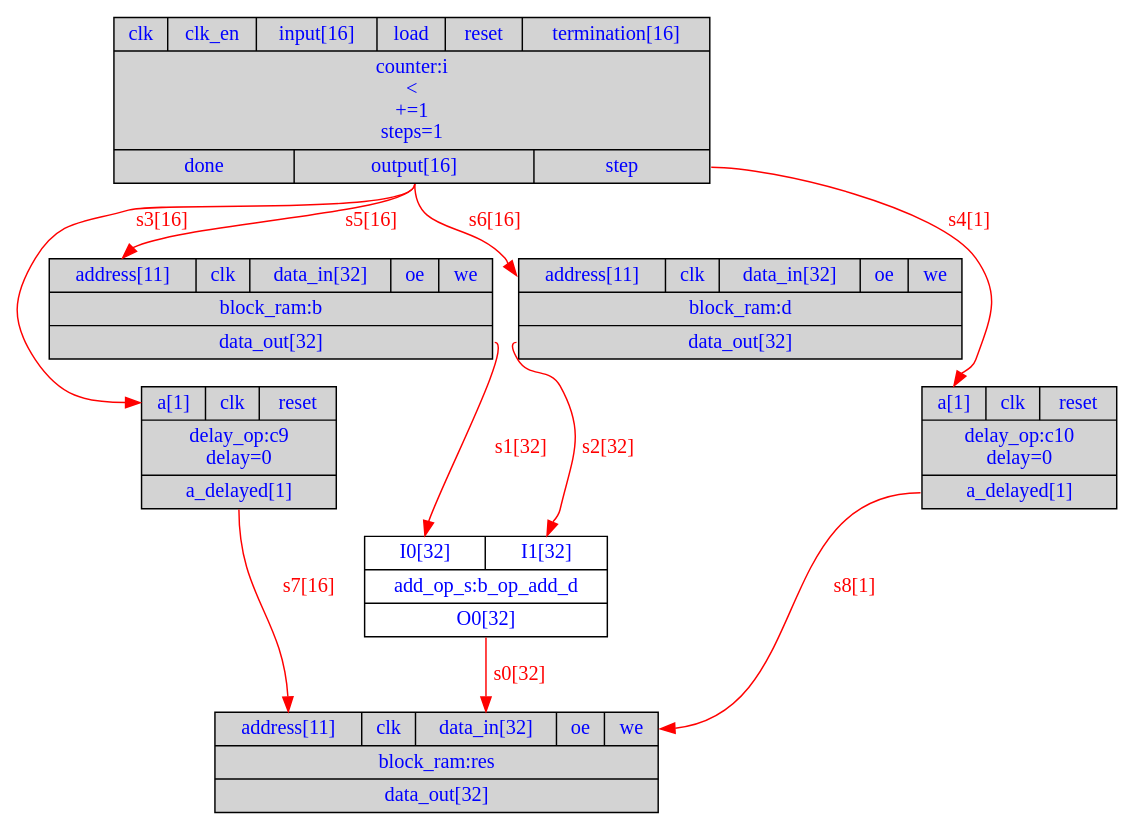
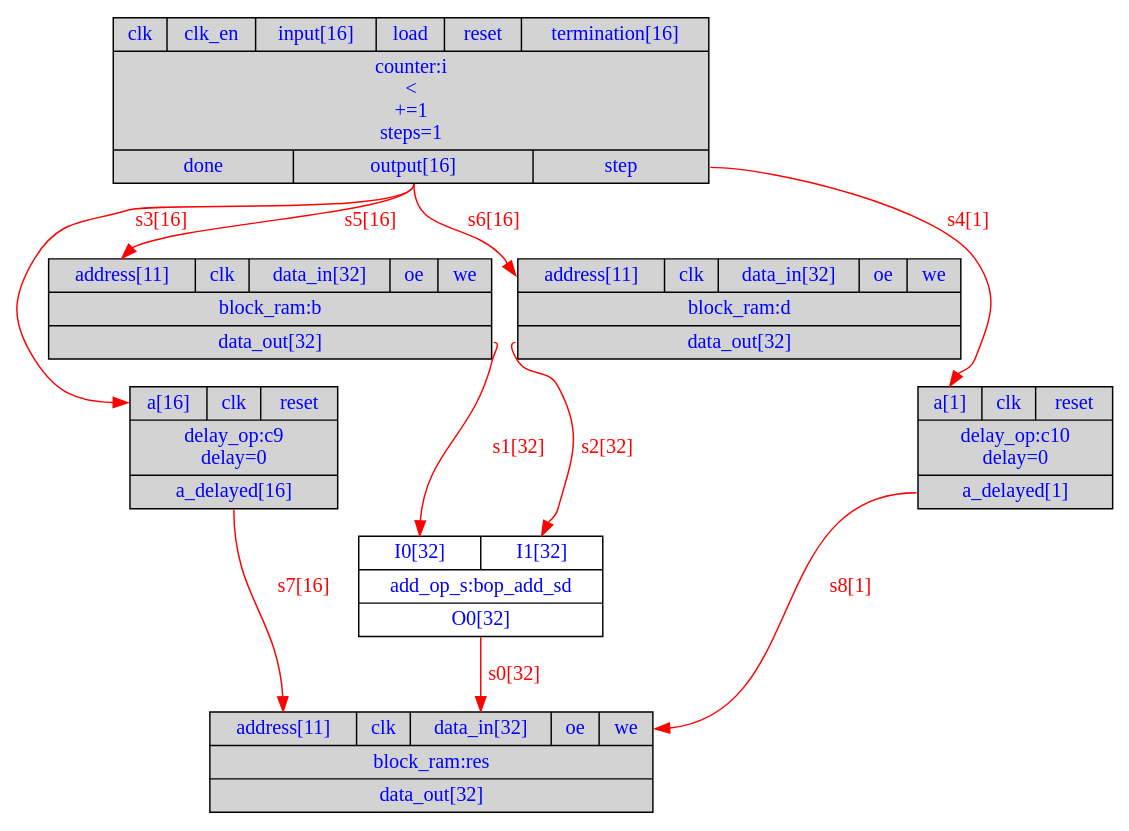
The diagram in branches/LALPC/DOT/Exemplo_HW.dot (menotti/lalp), drawn with Graphviz before and after one commit. The commit also changed 7 other files, not shown here.

```diff
--- a/branches/LALPC/DOT/Exemplo_HW.dot
+++ b/branches/LALPC/DOT/Exemplo_HW.dot
@@ -1,20 +1,20 @@
 digraph diagram {
 // Components (Nodes) 
 "i" [shape=record, fontcolor=blue, style="filled", fillcolor="lightgray", label="{{<clk>clk|<clk_en>clk_en|<input>input[16]|<load>load|<reset>reset|<termination>termination[16]}|counter:i\n\<\n+=1\nsteps=1|{<done>done|<output>output[16]|<step>step}}"]; 
 "res" [shape=record, fontcolor=blue, style="filled", fillcolor="lightgray", label="{{<address>address[11]|<clk>clk|<data_in>data_in[32]|<oe>oe|<we>we}|block_ram:res|{<data_out>data_out[32]}}"]; 
-"b_op_add_d" [shape=record, fontcolor=blue, label="{{<I0>I0[32]|<I1>I1[32]}|add_op_s:b_op_add_d|{<O0>O0[32]}}"]; 
+"bop_add_sd" [shape=record, fontcolor=blue, label="{{<I0>I0[32]|<I1>I1[32]}|add_op_s:bop_add_sd|{<O0>O0[32]}}"]; 
 "b" [shape=record, fontcolor=blue, style="filled", fillcolor="lightgray", label="{{<address>address[11]|<clk>clk|<data_in>data_in[32]|<oe>oe|<we>we}|block_ram:b|{<data_out>data_out[32]}}"]; 
 "d" [shape=record, fontcolor=blue, style="filled", fillcolor="lightgray", label="{{<address>address[11]|<clk>clk|<data_in>data_in[32]|<oe>oe|<we>we}|block_ram:d|{<data_out>data_out[32]}}"]; 
-"c9" [shape=record, fontcolor=blue, style="filled", fillcolor="lightgray", label="{{<a>a[1]|<clk>clk|<reset>reset}|delay_op:c9\ndelay=0|{<a_delayed>a_delayed[1]}}"]; 
+"c9" [shape=record, fontcolor=blue, style="filled", fillcolor="lightgray", label="{{<a>a[16]|<clk>clk|<reset>reset}|delay_op:c9\ndelay=0|{<a_delayed>a_delayed[16]}}"]; 
 "c10" [shape=record, fontcolor=blue, style="filled", fillcolor="lightgray", label="{{<a>a[1]|<clk>clk|<reset>reset}|delay_op:c10\ndelay=0|{<a_delayed>a_delayed[1]}}"]; 
 // Signals (Edges) 
-"b_op_add_d":O0 -> "res":data_in[label="s0[32]" color=red fontcolor=red]; 
-"b":data_out -> "b_op_add_d":I0[label="s1[32]" color=red fontcolor=red]; 
-"d":data_out -> "b_op_add_d":I1[label="s2[32]" color=red fontcolor=red]; 
+"bop_add_sd":O0 -> "res":data_in[label="s0[32]" color=red fontcolor=red]; 
+"b":data_out -> "bop_add_sd":I0[label="s1[32]" color=red fontcolor=red]; 
+"d":data_out -> "bop_add_sd":I1[label="s2[32]" color=red fontcolor=red]; 
 "i":output -> "c9":a[label="s3[16]" color=red fontcolor=red]; 
 "i":step -> "c10":a[label="s4[1]" color=red fontcolor=red]; 
 "i":output -> "b":address[label="s5[16]" color=red fontcolor=red]; 
 "i":output -> "d":address[label="s6[16]" color=red fontcolor=red]; 
 "c9":a_delayed -> "res":address[label="s7[16]" color=red fontcolor=red]; 
 "c10":a_delayed -> "res":we[label="s8[1]" color=red fontcolor=red]; 
 }
```
